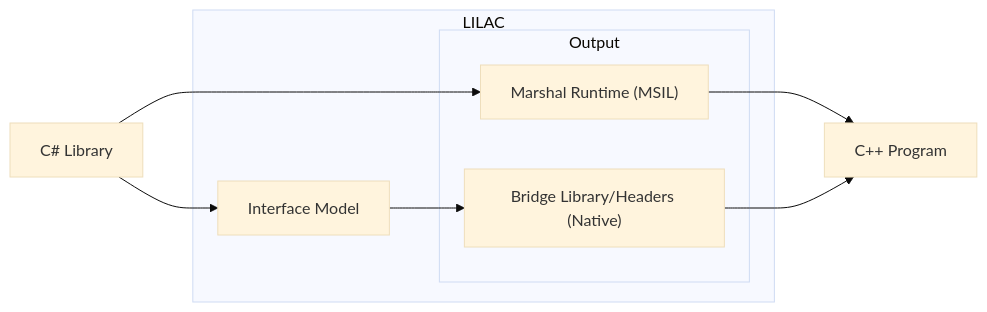
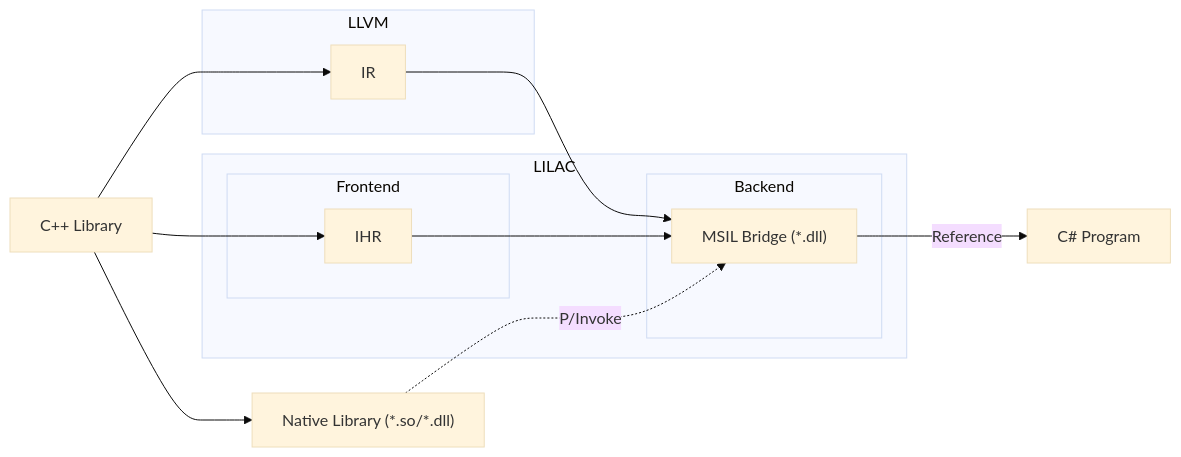
Before and after one commit to Sharp0802/lilac: the second of 2 diagrams in README.md, drawn with Mermaid (base theme). The commit also changed other lines of this file, not shown here.

````diff
--- a/README.md
+++ b/README.md
@@ -101,20 +57,29 @@
 ```mermaid
 flowchart LR
-    Input[C# Library] -->  Runtime["Marshal Runtime (MSIL)"]
-    Input --> Interface[Interface Model]
+    Input --> Binary["Native Library (*.so/*.dll)"]
+    Input[C++ Library] --> IR
+    Input --> Hierarchy[IHR]
 
-    Interface --> Bridge["Bridge Library/Headers (Native)"]
+    IR --> Bridge
+    Hierarchy --> Bridge["MSIL Bridge (*.dll)"]
+    Binary -. P/Invoke .-> Bridge
 
-    subgraph Output
-        Runtime
+    subgraph Frontend
+        Hierarchy
+    end
+
+    subgraph Backend
         Bridge
     end
 
-    subgraph LILAC
-        Output
-        Interface
+    subgraph LLVM
+        IR
     end
 
-    Runtime --> Host[C++ Program]
-    Bridge --> Host
+    subgraph LILAC
+        Frontend
+        Backend
+    end
+
+    Bridge -- Reference --> Host[C# Program]
 ```
````
